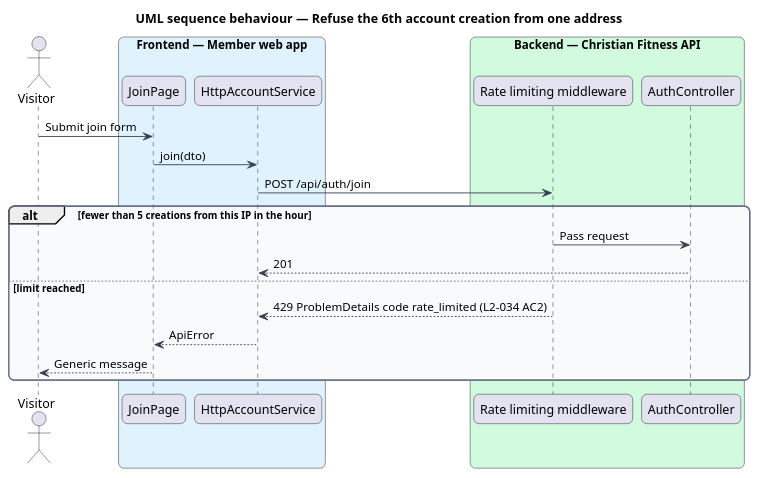
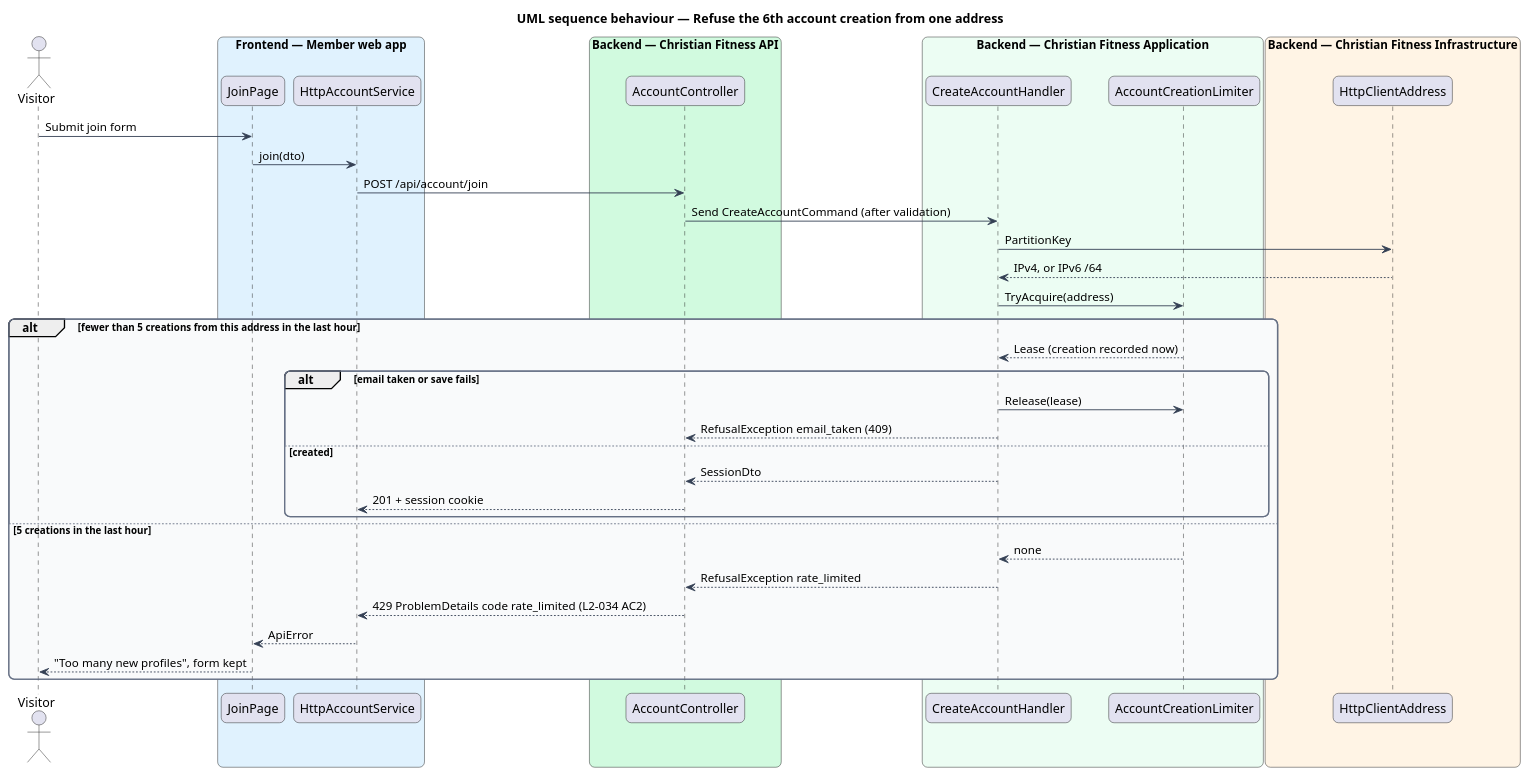
One commit to QuinntyneBrown/christian-fitness changed the diagram in docs/detailed-designs/security/limit-request-rates/diagrams/sequence-join-limit.puml. Above: the diagram before and after it, drawn with PlantUML. The commit also changed 35 other files, not shown here.

```diff
--- a/docs/detailed-designs/security/limit-request-rates/diagrams/sequence-join-limit.puml
+++ b/docs/detailed-designs/security/limit-request-rates/diagrams/sequence-join-limit.puml
@@ -1,37 +1,55 @@
 @startuml
 title UML sequence behaviour — Refuse the 6th account creation from one address
 skinparam backgroundColor #FFFFFF
 skinparam shadowing false
 skinparam roundcorner 12
 skinparam defaultFontName Arial
 skinparam ArrowColor #344054
 skinparam rectangle {
   BorderColor #344054
   FontColor #101828
 }
 skinparam package {
   BorderColor #667085
   FontColor #101828
   BackgroundColor #F9FAFB
 }
 actor "Visitor" as actor
 box "Frontend — Member web app" #E0F2FE
   participant "JoinPage" as page
   participant "HttpAccountService" as http
 end box
 box "Backend — Christian Fitness API" #D1FADF
-  participant "Rate limiting middleware" as mw
-  participant "AuthController" as ctrl
+  participant "AccountController" as ctrl
+end box
+box "Backend — Christian Fitness Application" #ECFDF3
+  participant "CreateAccountHandler" as h
+  participant "AccountCreationLimiter" as lim
+end box
+box "Backend — Christian Fitness Infrastructure" #FFF4E5
+  participant "HttpClientAddress" as addr
 end box
 actor -> page : Submit join form
 page -> http : join(dto)
-http -> mw : POST /api/auth/join
-alt fewer than 5 creations from this IP in the hour
-  mw -> ctrl : Pass request
-  ctrl --> http : 201
-else limit reached
-  mw --> http : 429 ProblemDetails code rate_limited (L2-034 AC2)
+http -> ctrl : POST /api/account/join
+ctrl -> h : Send CreateAccountCommand (after validation)
+h -> addr : PartitionKey
+addr --> h : IPv4, or IPv6 /64
+h -> lim : TryAcquire(address)
+alt fewer than 5 creations from this address in the last hour
+  lim --> h : Lease (creation recorded now)
+  alt email taken or save fails
+    h -> lim : Release(lease)
+    h --> ctrl : RefusalException email_taken (409)
+  else created
+    h --> ctrl : SessionDto
+    ctrl --> http : 201 + session cookie
+  end
+else 5 creations in the last hour
+  lim --> h : none
+  h --> ctrl : RefusalException rate_limited
+  ctrl --> http : 429 ProblemDetails code rate_limited (L2-034 AC2)
   http --> page : ApiError
-  page --> actor : Generic message
+  page --> actor : "Too many new profiles", form kept
 end
 @enduml
```
